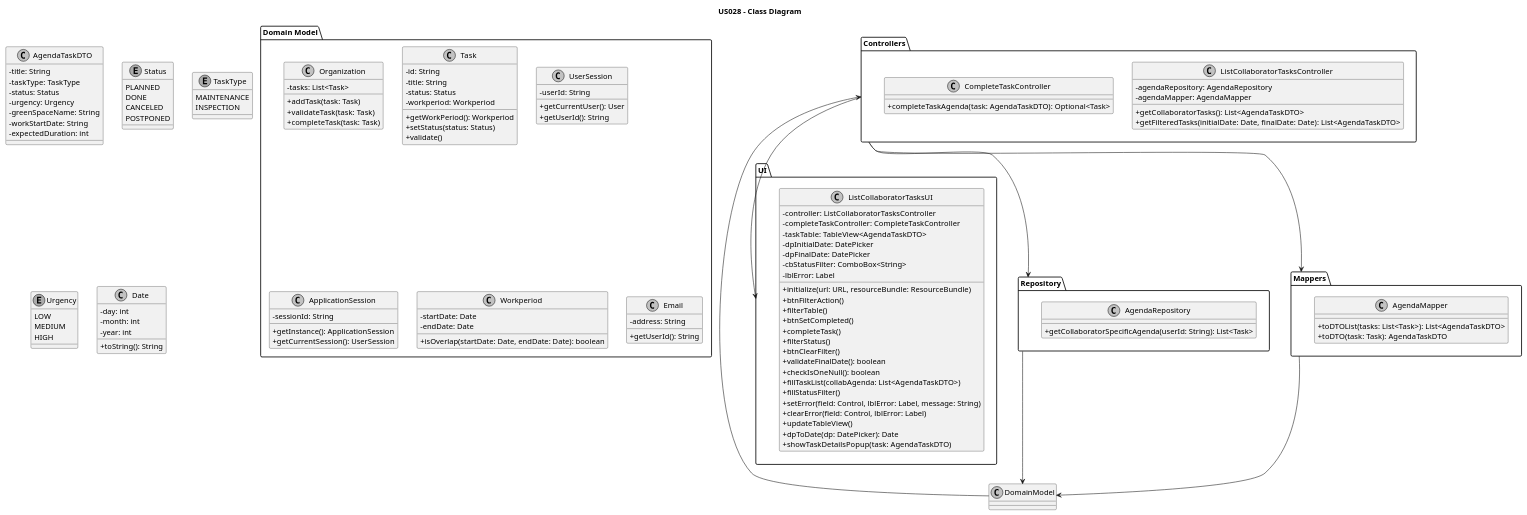
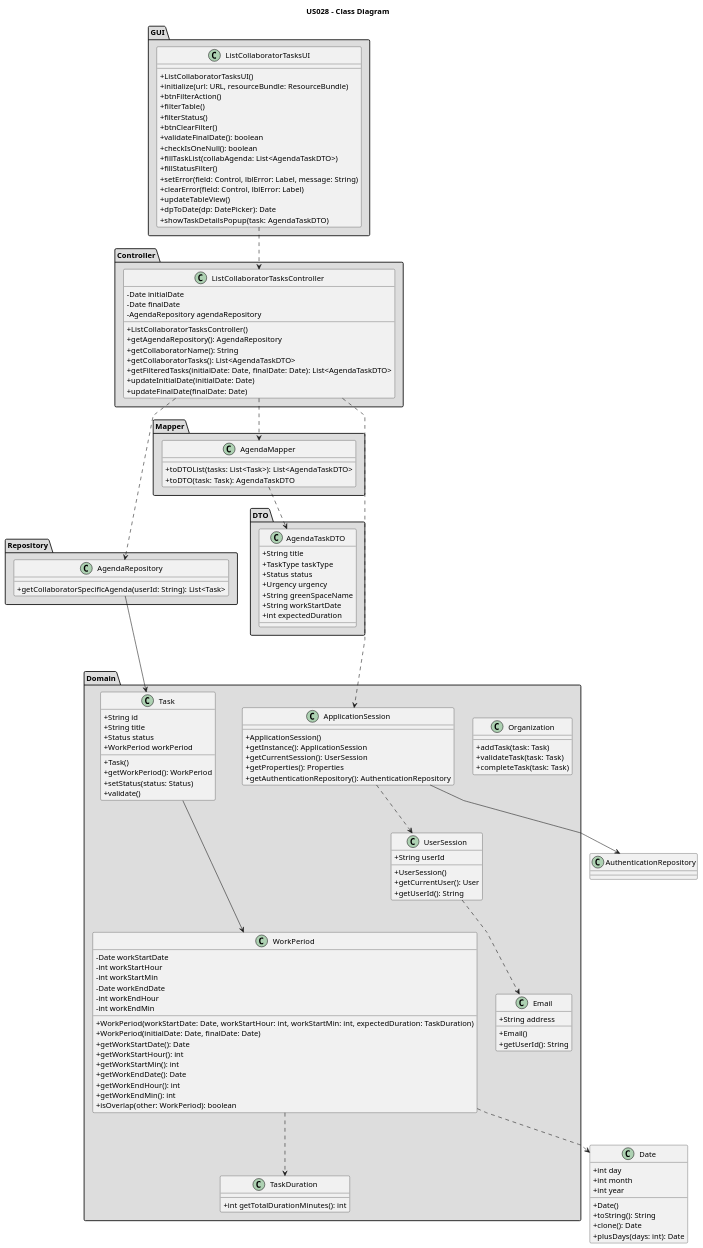
Before and after one commit to Rui-San/LAPR2_2023_2024: the diagram in docs/sprintC/us028/03.design/puml/us028-class-diagram.puml, drawn with PlantUML.

Commit message:
US28 - Class diagram

```diff
--- a/docs/sprintC/us028/03.design/puml/us028-class-diagram.puml
+++ b/docs/sprintC/us028/03.design/puml/us028-class-diagram.puml
@@ -1,145 +1,158 @@
 @startuml
-skinparam monochrome true
+'skinparam monochrome true
+skinparam packageStyle rectangle
+skinparam shadowing false
+skinparam linetype polyline
+
 skinparam classAttributeIconSize 0
 
 title US028 - Class Diagram
 
-package "Domain Model" {
-    class Organization {
-        - tasks: List<Task>
-        + addTask(task: Task)
-        + validateTask(task: Task)
-        + completeTask(task: Task)
-    }
-
-    class Task {
-        - id: String
-        - title: String
-        - status: Status
-        - workperiod: Workperiod
-        + getWorkPeriod(): Workperiod
-        + setStatus(status: Status)
-        + validate()
-    }
-
-    class UserSession {
-        - userId: String
-        + getCurrentUser(): User
-        + getUserId(): String
-    }
-
-    class ApplicationSession {
-        - sessionId: String
-        + getInstance(): ApplicationSession
-        + getCurrentSession(): UserSession
-    }
-
-    class Workperiod {
-        - startDate: Date
-        - endDate: Date
-        + isOverlap(startDate: Date, endDate: Date): boolean
-    }
-
-    class Email {
-        - address: String
-        + getUserId(): String
-    }
-}
-
-package "Controllers" {
-    class ListCollaboratorTasksController {
-        - agendaRepository: AgendaRepository
-        - agendaMapper: AgendaMapper
-        + getCollaboratorTasks(): List<AgendaTaskDTO>
-        + getFilteredTasks(initialDate: Date, finalDate: Date): List<AgendaTaskDTO>
-    }
-
-    class CompleteTaskController {
-        + completeTaskAgenda(task: AgendaTaskDTO): Optional<Task>
-    }
-}
-
-package "UI" {
+package GUI <<Folder>> #DDDDDD {
     class ListCollaboratorTasksUI {
-        - controller: ListCollaboratorTasksController
-        - completeTaskController: CompleteTaskController
-        - taskTable: TableView<AgendaTaskDTO>
-        - dpInitialDate: DatePicker
-        - dpFinalDate: DatePicker
-        - cbStatusFilter: ComboBox<String>
-        - lblError: Label
+        + ListCollaboratorTasksUI()
         + initialize(url: URL, resourceBundle: ResourceBundle)
         + btnFilterAction()
         + filterTable()
-        + btnSetCompleted()
-        + completeTask()
         + filterStatus()
         + btnClearFilter()
         + validateFinalDate(): boolean
         + checkIsOneNull(): boolean
         + fillTaskList(collabAgenda: List<AgendaTaskDTO>)
         + fillStatusFilter()
         + setError(field: Control, lblError: Label, message: String)
         + clearError(field: Control, lblError: Label)
         + updateTableView()
         + dpToDate(dp: DatePicker): Date
         + showTaskDetailsPopup(task: AgendaTaskDTO)
     }
 }
 
-package "Repository" {
+package Controller <<Folder>> #DDDDDD {
+    class ListCollaboratorTasksController {
+        - Date initialDate
+        - Date finalDate
+        - AgendaRepository agendaRepository
+        + ListCollaboratorTasksController()
+        + getAgendaRepository(): AgendaRepository
+        + getCollaboratorName(): String
+        + getCollaboratorTasks(): List<AgendaTaskDTO>
+        + getFilteredTasks(initialDate: Date, finalDate: Date): List<AgendaTaskDTO>
+        + updateInitialDate(initialDate: Date)
+        + updateFinalDate(finalDate: Date)
+    }
+}
+
+package Repository <<Folder>> #DDDDDD {
     class AgendaRepository {
         + getCollaboratorSpecificAgenda(userId: String): List<Task>
     }
 }
 
-package "Mappers" {
+package Mapper <<Folder>> #DDDDDD {
     class AgendaMapper {
         + toDTOList(tasks: List<Task>): List<AgendaTaskDTO>
         + toDTO(task: Task): AgendaTaskDTO
     }
 }
 
-class AgendaTaskDTO {
-    - title: String
-    - taskType: TaskType
-    - status: Status
-    - urgency: Urgency
-    - greenSpaceName: String
-    - workStartDate: String
-    - expectedDuration: int
+package DTO <<Folder>> #DDDDDD {
+    class AgendaTaskDTO {
+        + String title
+        + TaskType taskType
+        + Status status
+        + Urgency urgency
+        + String greenSpaceName
+        + String workStartDate
+        + int expectedDuration
+    }
 }
 
-enum Status {
-    PLANNED
-    DONE
-    CANCELED
-    POSTPONED
+package Domain <<Folder>> #DDDDDD {
+    class Organization {
+        + addTask(task: Task)
+        + validateTask(task: Task)
+        + completeTask(task: Task)
+    }
+
+    class Task {
+        + String id
+        + String title
+        + Status status
+        + WorkPeriod workPeriod
+        + Task()
+        + getWorkPeriod(): WorkPeriod
+        + setStatus(status: Status)
+        + validate()
+    }
+
+    class WorkPeriod {
+        - Date workStartDate
+        - int workStartHour
+        - int workStartMin
+        - Date workEndDate
+        - int workEndHour
+        - int workEndMin
+        + WorkPeriod(workStartDate: Date, workStartHour: int, workStartMin: int, expectedDuration: TaskDuration)
+        + WorkPeriod(initialDate: Date, finalDate: Date)
+        + getWorkStartDate(): Date
+        + getWorkStartHour(): int
+        + getWorkStartMin(): int
+        + getWorkEndDate(): Date
+        + getWorkEndHour(): int
+        + getWorkEndMin(): int
+        + isOverlap(other: WorkPeriod): boolean
+    }
+
+    class TaskDuration {
+        + int getTotalDurationMinutes(): int
+    }
+
+    class Email {
+        + String address
+        + Email()
+        + getUserId(): String
+    }
+
+    class UserSession {
+        + String userId
+        + UserSession()
+        + getCurrentUser(): User
+        + getUserId(): String
+    }
+
+    class ApplicationSession {
+        + ApplicationSession()
+        + getInstance(): ApplicationSession
+        + getCurrentSession(): UserSession
+        + getProperties(): Properties
+        + getAuthenticationRepository(): AuthenticationRepository
+    }
 }
 
-enum TaskType {
-    MAINTENANCE
-    INSPECTION
+
+
+class Date {
+    + int day
+    + int month
+    + int year
+    + Date()
+    + toString(): String
+    + clone(): Date
+    + plusDays(days: int): Date
 }
 
-enum Urgency {
-    LOW
-    MEDIUM
-    HIGH
-}
-
-class Date {
-    - day: int
-    - month: int
-    - year: int
-    + toString(): String
-}
-
-DomainModel --> Controllers
-Controllers --> UI
-Controllers --> Repository
-Controllers --> Mappers
-Repository --> DomainModel
-Mappers --> DomainModel
+ListCollaboratorTasksUI .down.> ListCollaboratorTasksController
+ListCollaboratorTasksController ...> AgendaRepository
+ListCollaboratorTasksController ..> AgendaMapper
+ListCollaboratorTasksController ..> ApplicationSession
+AgendaRepository ---> Task
+AgendaMapper ..> AgendaTaskDTO
+Task ---> WorkPeriod
+WorkPeriod ..> Date
+WorkPeriod ..> TaskDuration
+ApplicationSession ..> UserSession
+ApplicationSession --> AuthenticationRepository
+UserSession .down.> Email
 
 @enduml
```
